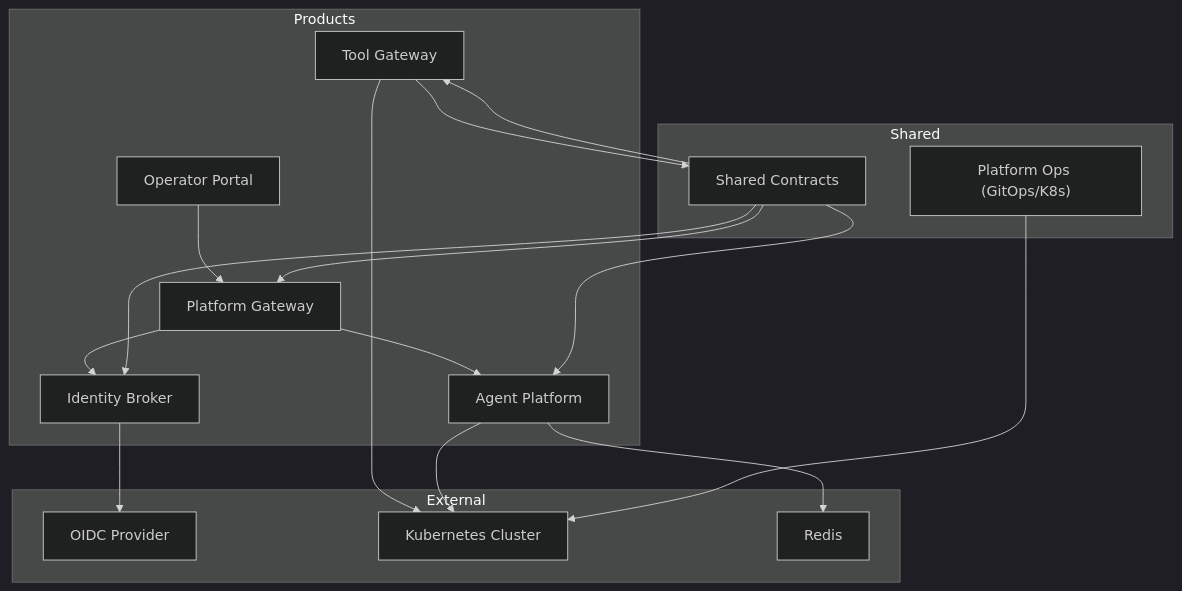
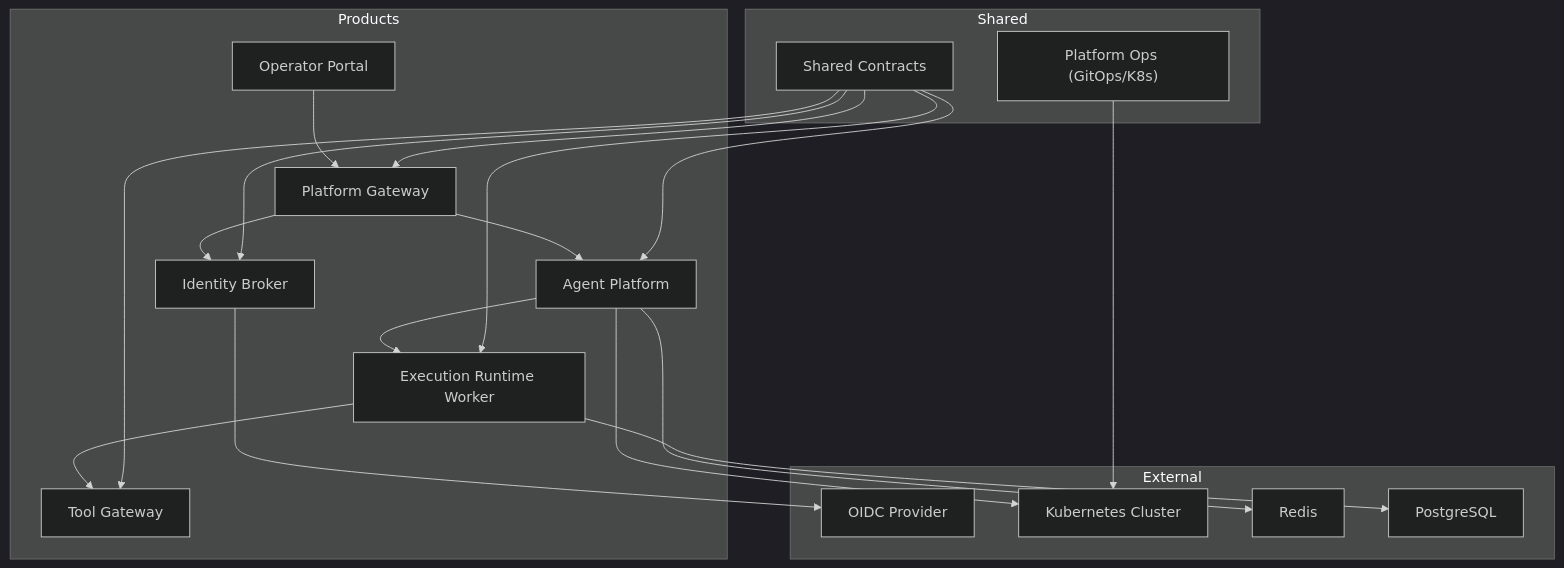
One commit to metasync/luban-aiops changed the first of 9 diagrams in .qoder/repowiki/en/content/Architecture Documentation/Architecture Documentation.md. Above: the diagram before and after it, drawn with Mermaid (dark theme). The commit also changed other lines of this file and 5 other files, not shown here.

````diff
--- a/.qoder/repowiki/en/content/Architecture Documentation/Architecture Documentation.md
+++ b/.qoder/repowiki/en/content/Architecture Documentation/Architecture Documentation.md
@@ -101,32 +115,36 @@
 ```mermaid
 graph TB
 subgraph "Products"
 PG["Platform Gateway"]
 TG["Tool Gateway"]
+ERW["Execution Runtime Worker"]
 AP["Agent Platform"]
 IB["Identity Broker"]
 OP["Operator Portal"]
 end
 subgraph "Shared"
 SC["Shared Contracts"]
 OPS["Platform Ops (GitOps/K8s)"]
 end
 subgraph "External"
 OIDC["OIDC Provider"]
 K8S["Kubernetes Cluster"]
 REDIS["Redis"]
+POSTGRES["PostgreSQL"]
 end
 OP --> PG
 PG --> AP
 PG --> IB
-TG --> K8S
-TG --> SC
+AP --> ERW
+ERW --> TG
+ERW --> POSTGRES
 AP --> REDIS
 AP --> K8S
 IB --> OIDC
 OPS --> K8S
 SC --> PG
 SC --> TG
 SC --> AP
 SC --> IB
+SC --> ERW
 ```
````
